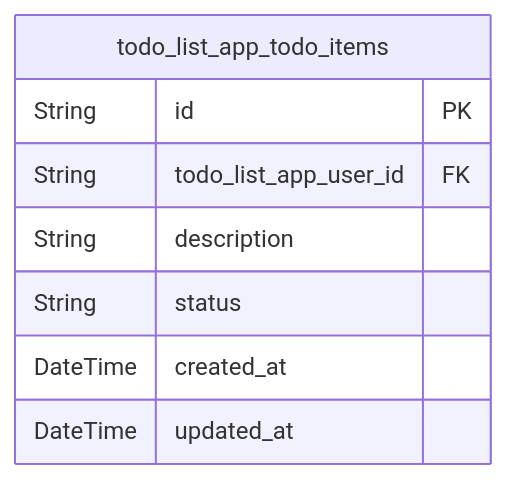
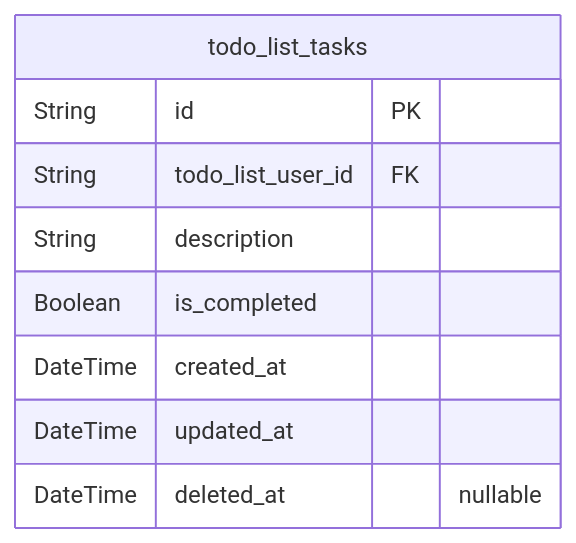
The second of 2 diagrams in docs/ERD.md (wrtnlabs/autobe-example-todo-openai-gpt-4.1-mini), drawn with Mermaid before and after one commit. The commit also changed other lines of this file and 101 other files, not shown here.

````diff
--- a/docs/ERD.md
+++ b/docs/ERD.md
@@ -47,11 +85,12 @@
 ```mermaid
 erDiagram
-"todo_list_app_todo_items" {
+"todo_list_tasks" {
   String id PK
-  String todo_list_app_user_id FK
+  String todo_list_user_id FK
   String description
-  String status
+  Boolean is_completed
   DateTime created_at
   DateTime updated_at
+  DateTime deleted_at "nullable"
 }
 ```
````
